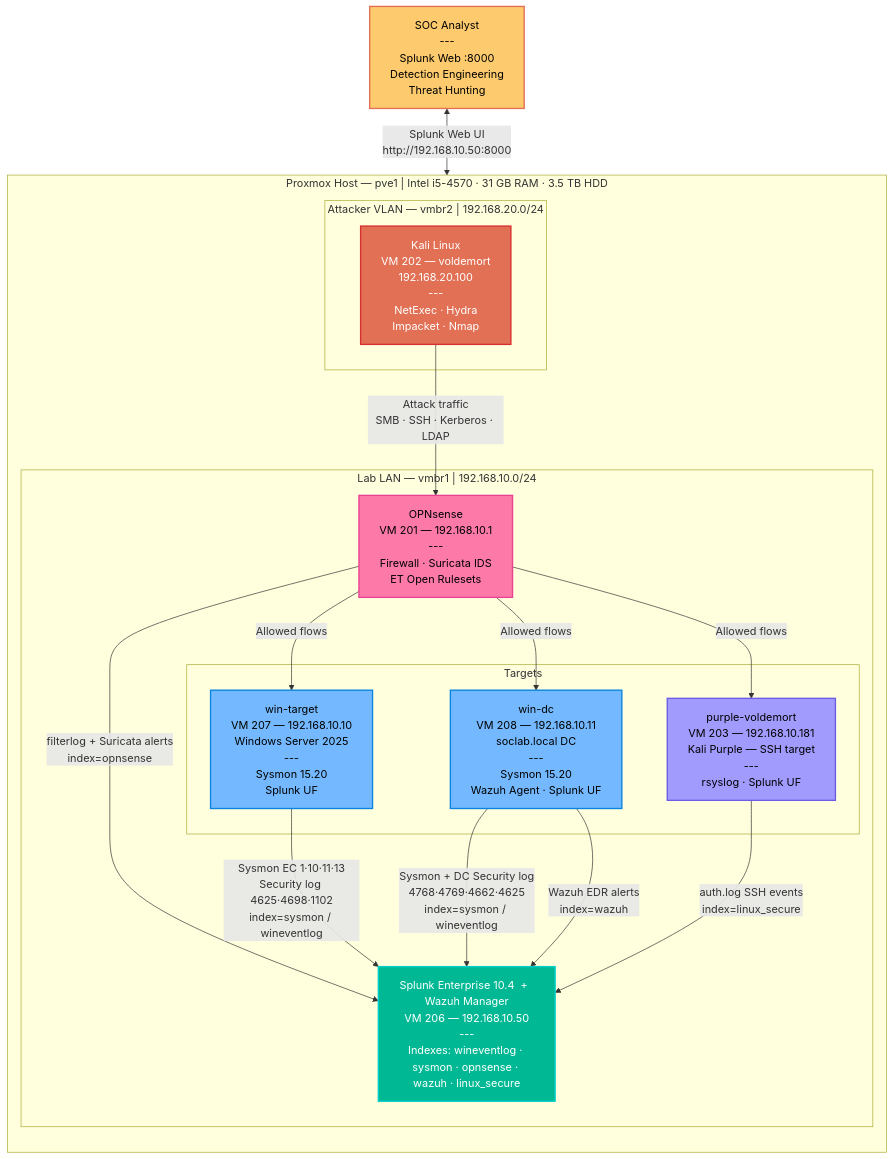
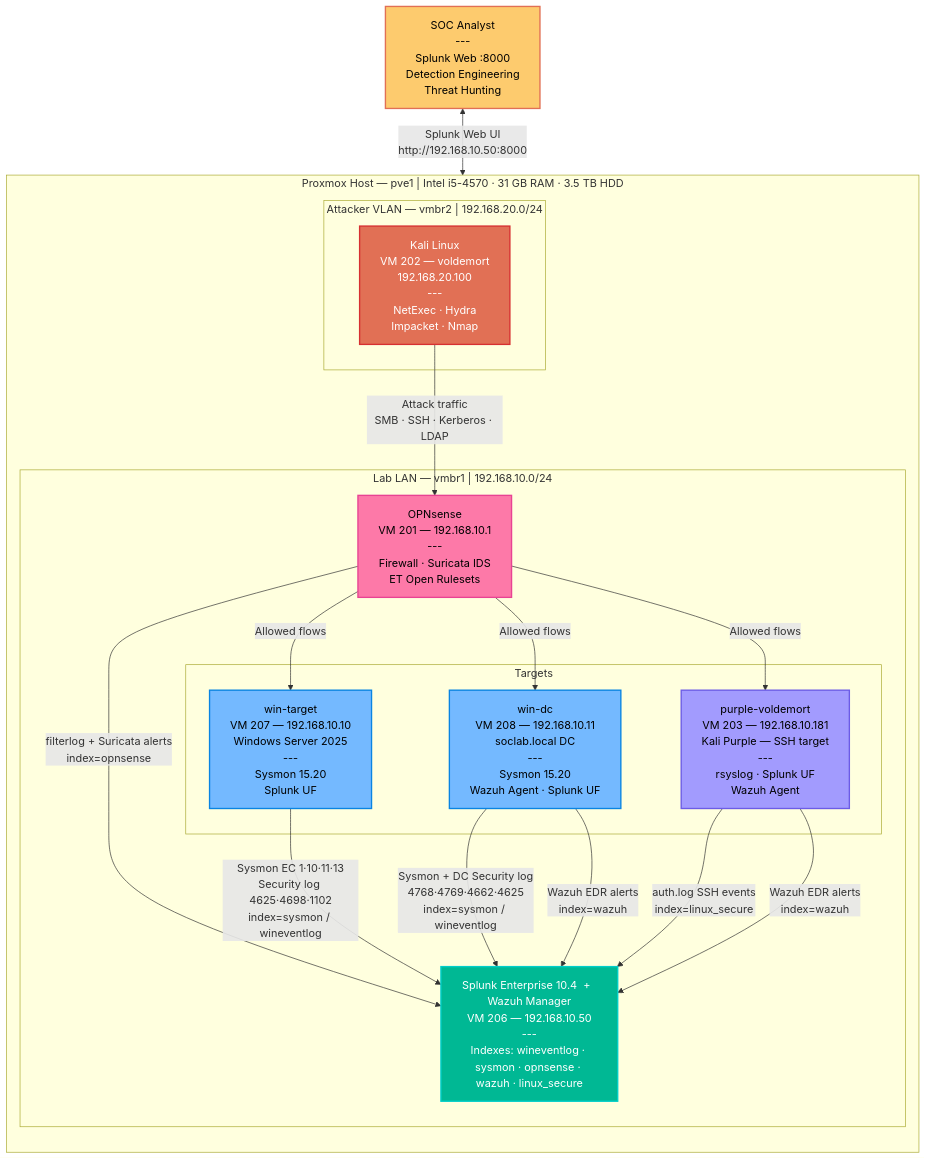
Before and after one commit to Santi4g0RD/SOC-Analyst-Projects: the diagram in splunk-project/lab-infrastructure/README.md, drawn with Mermaid.

Commit message:
Add Wazuh agent to purple-voldemort in data flow diagram
Cross-platform EDR coverage: Wazuh agent on Linux (Kali Purple) alongside
win-dc, so SSH brute force generates both a Wazuh alert and an rsyslog
event in Splunk simultaneously.

````diff
--- a/splunk-project/lab-infrastructure/README.md
+++ b/splunk-project/lab-infrastructure/README.md
@@ -55,40 +55,41 @@
 ```mermaid
 flowchart TB
     classDef attacker fill:#e17055,color:#fff,stroke:#d63031,stroke-width:2px
     classDef winTarget fill:#74b9ff,color:#000,stroke:#0984e3,stroke-width:2px
     classDef linuxTarget fill:#a29bfe,color:#000,stroke:#6c5ce7,stroke-width:2px
     classDef firewall fill:#fd79a8,color:#000,stroke:#e84393,stroke-width:2px
     classDef siem fill:#00b894,color:#fff,stroke:#00cec9,stroke-width:2px
     classDef analyst fill:#fdcb6e,color:#000,stroke:#e17055,stroke-width:2px
 
     subgraph PROXMOX["Proxmox Host — pve1  |  Intel i5-4570  ·  31 GB RAM  ·  3.5 TB HDD"]
         direction TB
 
         subgraph VLAN2["Attacker VLAN — vmbr2  |  192.168.20.0/24"]
             KALI["Kali Linux\nVM 202 — voldemort\n192.168.20.100\n---\nNetExec · Hydra\nImpacket · Nmap"]:::attacker
         end
 
         subgraph LAN["Lab LAN — vmbr1  |  192.168.10.0/24"]
             OPN["OPNsense\nVM 201 — 192.168.10.1\n---\nFirewall · Suricata IDS\nET Open Rulesets"]:::firewall
 
             subgraph TARGETS["Targets"]
                 WINDC["win-dc\nVM 208 — 192.168.10.11\nsoclab.local DC\n---\nSysmon 15.20\nWazuh Agent · Splunk UF"]:::winTarget
                 WINTGT["win-target\nVM 207 — 192.168.10.10\nWindows Server 2025\n---\nSysmon 15.20\nSplunk UF"]:::winTarget
-                LINUX["purple-voldemort\nVM 203 — 192.168.10.181\nKali Purple — SSH target\n---\nrsyslog · Splunk UF"]:::linuxTarget
+                LINUX["purple-voldemort\nVM 203 — 192.168.10.181\nKali Purple — SSH target\n---\nrsyslog · Splunk UF\nWazuh Agent"]:::linuxTarget
             end
 
             SPLUNK["Splunk Enterprise 10.4  +  Wazuh Manager\nVM 206 — 192.168.10.50\n---\nIndexes: wineventlog · sysmon · opnsense · wazuh · linux_secure"]:::siem
         end
     end
 
     ANALYST["SOC Analyst\n---\nSplunk Web :8000\nDetection Engineering\nThreat Hunting"]:::analyst
 
     KALI -->|"Attack traffic\nSMB · SSH · Kerberos · LDAP"| OPN
     OPN -->|"filterlog + Suricata alerts\nindex=opnsense"| SPLUNK
     OPN -->|"Allowed flows"| WINTGT & WINDC & LINUX
     WINTGT -->|"Sysmon EC 1·10·11·13\nSecurity log 4625·4698·1102\nindex=sysmon / wineventlog"| SPLUNK
     WINDC -->|"Sysmon + DC Security log\n4768·4769·4662·4625\nindex=sysmon / wineventlog"| SPLUNK
     WINDC -->|"Wazuh EDR alerts\nindex=wazuh"| SPLUNK
     LINUX -->|"auth.log SSH events\nindex=linux_secure"| SPLUNK
+    LINUX -->|"Wazuh EDR alerts\nindex=wazuh"| SPLUNK
     ANALYST <-->|"Splunk Web UI\nhttp://192.168.10.50:8000"| SPLUNK
 ```
````
